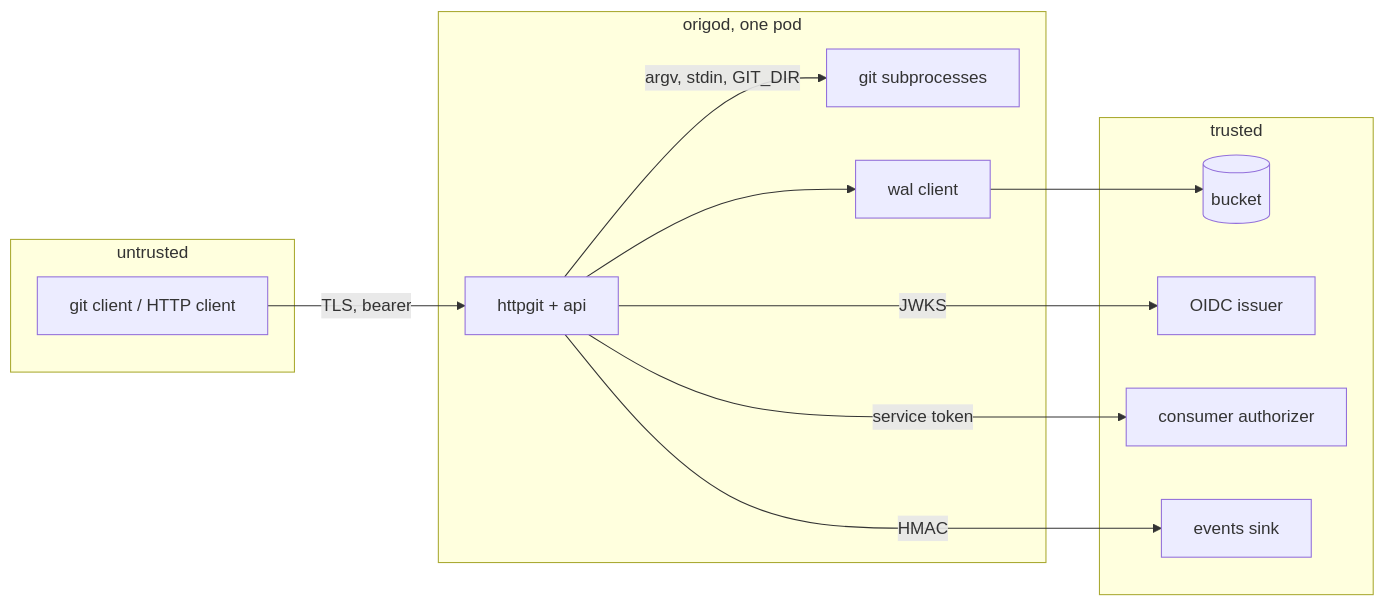
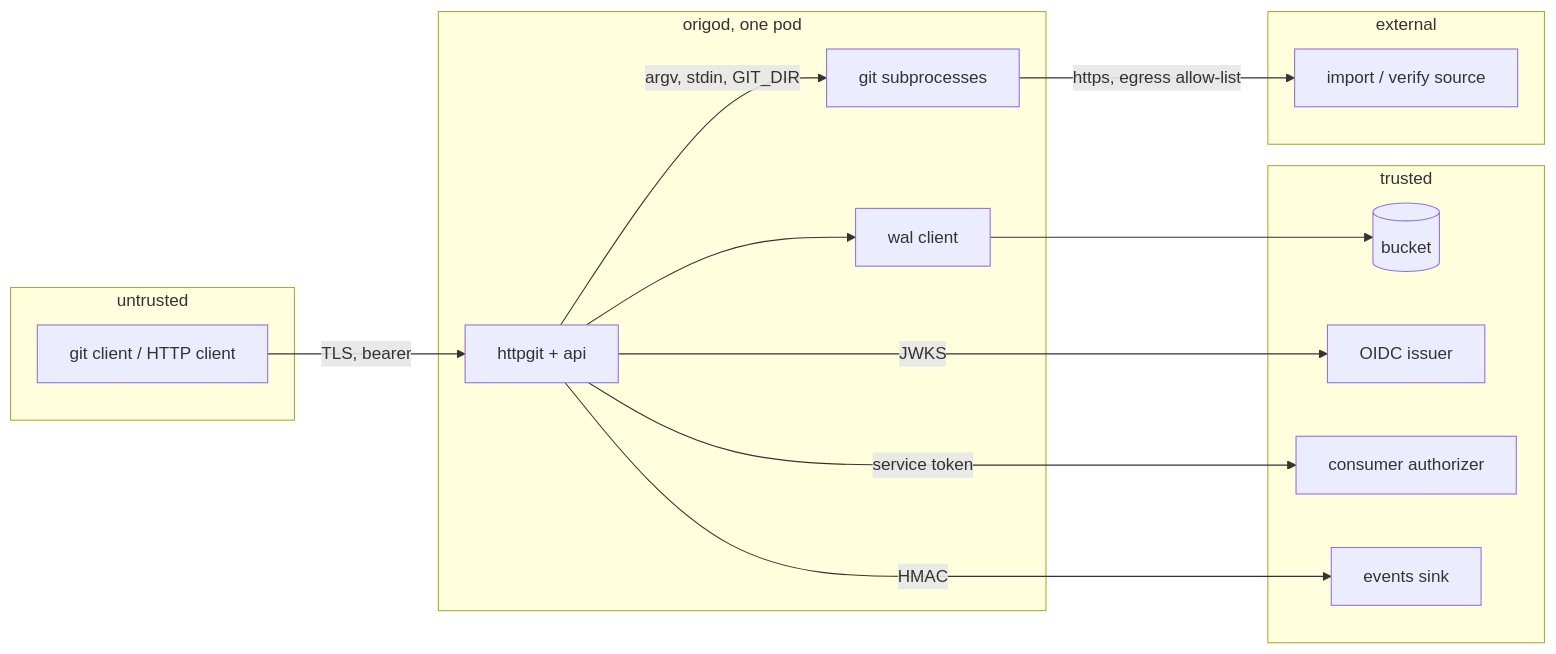
Before and after one commit to latere-ai/origo: the diagram in specs/016-security-and-threat-model.md, drawn with Mermaid. The commit also changed other lines of this file, not shown here.

Commit message:
specs(016): egress allow-list against SSRF, gossip amplification bound, fuzz criterion names its runs

````diff
--- a/specs/016-security-and-threat-model.md
+++ b/specs/016-security-and-threat-model.md
@@ -51,23 +51,27 @@
 ```mermaid
 flowchart LR
   subgraph untrusted
     C[git client / HTTP client]
   end
   subgraph node[origod, one pod]
     H[httpgit + api]
     G[git subprocesses]
     W[wal client]
   end
   subgraph trusted
     S[(bucket)]
     I[OIDC issuer]
     A[consumer authorizer]
     E[events sink]
   end
+  subgraph external
+    X[import / verify source]
+  end
   C -->|TLS, bearer| H
   H -->|argv, stdin, GIT_DIR| G
   H --> W --> S
   H -->|JWKS| I
   H -->|service token| A
   H -->|HMAC| E
+  G -->|https, egress allow-list| X
 ```
````
